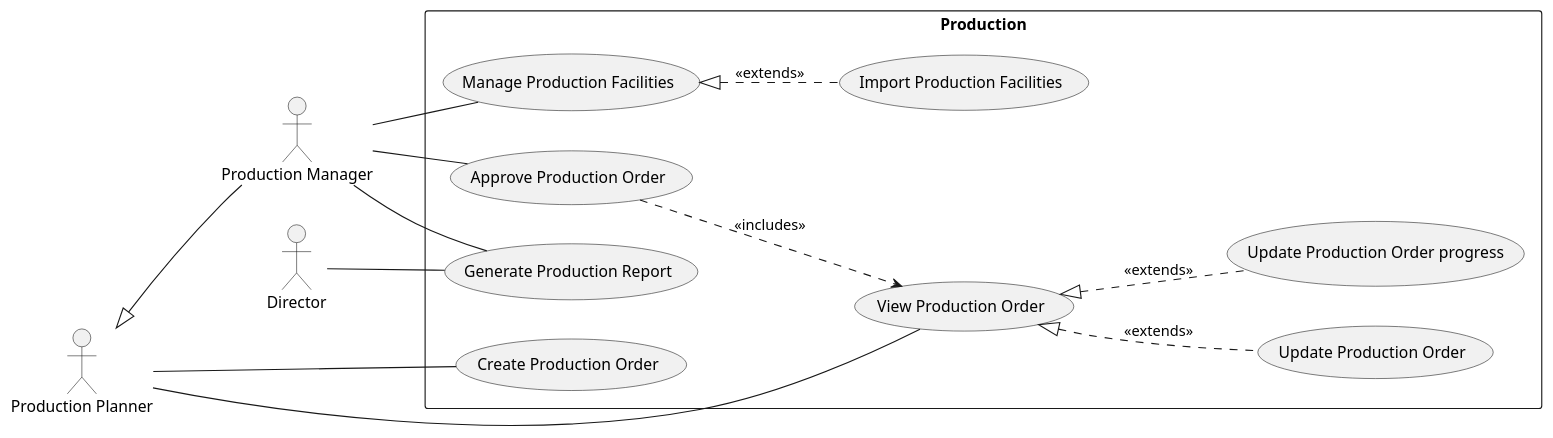
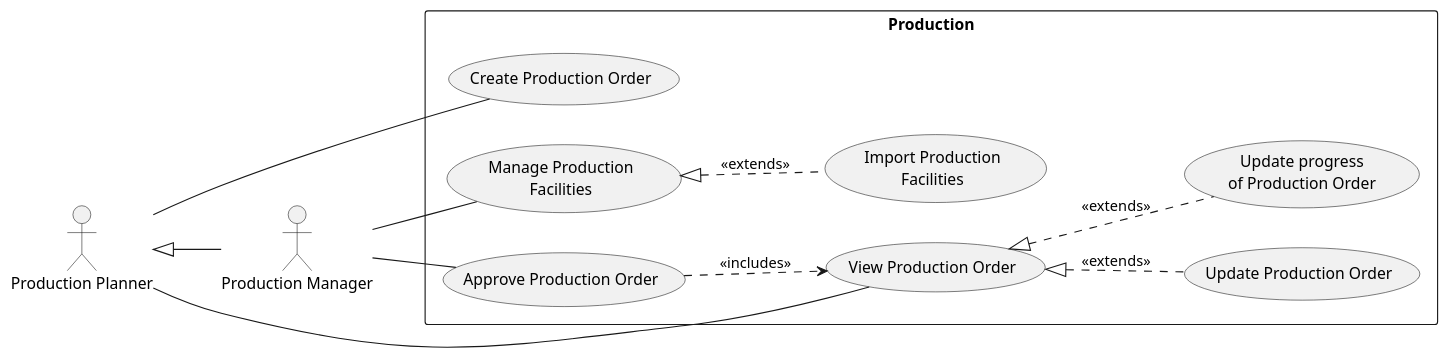
The diagram in use-cases/Production.plantuml (phihungha/scmss-reqs), drawn with PlantUML before and after one commit. The commit also changed 11 other files, not shown here.

```diff
--- a/use-cases/Production.plantuml
+++ b/use-cases/Production.plantuml
@@ -1,24 +1,20 @@
 @startuml production
 left to right direction
 
 :Production Planner: as pp
 :Production Manager: as pm
 pp <|-- pm
 
-:Director: as d
-
 rectangle Production {
   pp -- (View Production Order)
   pp -- (Create Production Order)
   (View Production Order) <|.. (Update Production Order) : <<extends>>
-  (View Production Order) <|.. (Update Production Order progress) : <<extends>>
+  (View Production Order) <|.. (Update progress\nof Production Order) : <<extends>>
 
   pm -- (Approve Production Order)
   (Approve Production Order) ..> (View Production Order) : <<includes>>
 
-  pm -- (Manage Production Facilities)
-  (Manage Production Facilities) <|.. (Import Production Facilities) : <<extends>>
-  pm -- (Generate Production Report)
-  d -- (Generate Production Report)
+  pm -- (Manage Production\nFacilities)
+  (Manage Production\nFacilities) <|.. (Import Production\nFacilities) : <<extends>>
 }
 @enduml
```
